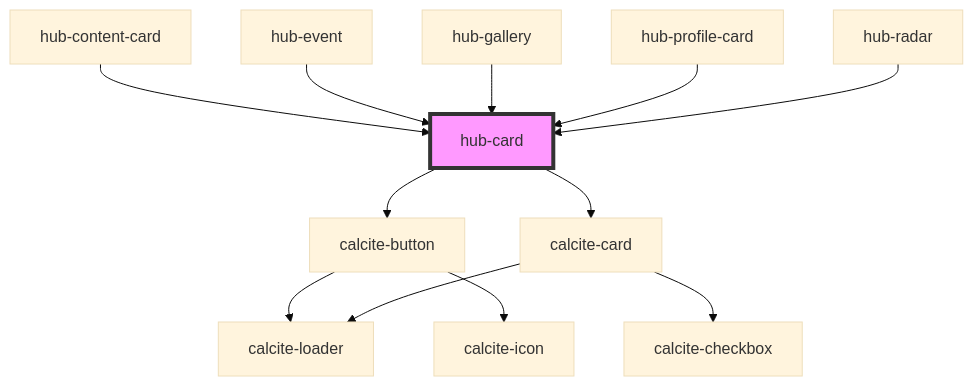
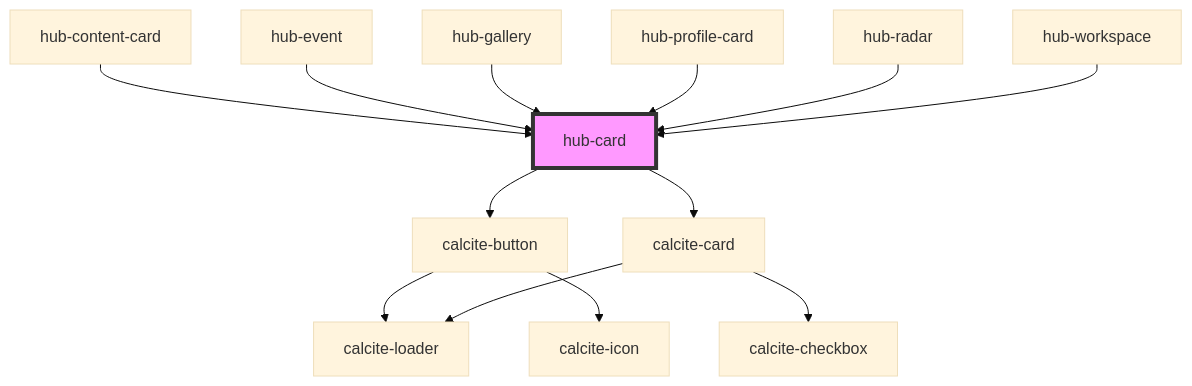
Before and after one commit to esridc/hub-components-experiments: the diagram in src/components/hub-card/readme.md, drawn with Mermaid (base theme). The commit also changed other lines of this file and 9 other files, not shown here.

````diff
--- a/src/components/hub-card/readme.md
+++ b/src/components/hub-card/readme.md
@@ -39,15 +40,16 @@
 ```mermaid
 graph TD;
   hub-card --> calcite-button
   hub-card --> calcite-card
   calcite-button --> calcite-loader
   calcite-button --> calcite-icon
   calcite-card --> calcite-loader
   calcite-card --> calcite-checkbox
   hub-content-card --> hub-card
   hub-event --> hub-card
   hub-gallery --> hub-card
   hub-profile-card --> hub-card
   hub-radar --> hub-card
+  hub-workspace --> hub-card
   style hub-card fill:#f9f,stroke:#333,stroke-width:4px
 ```
````
